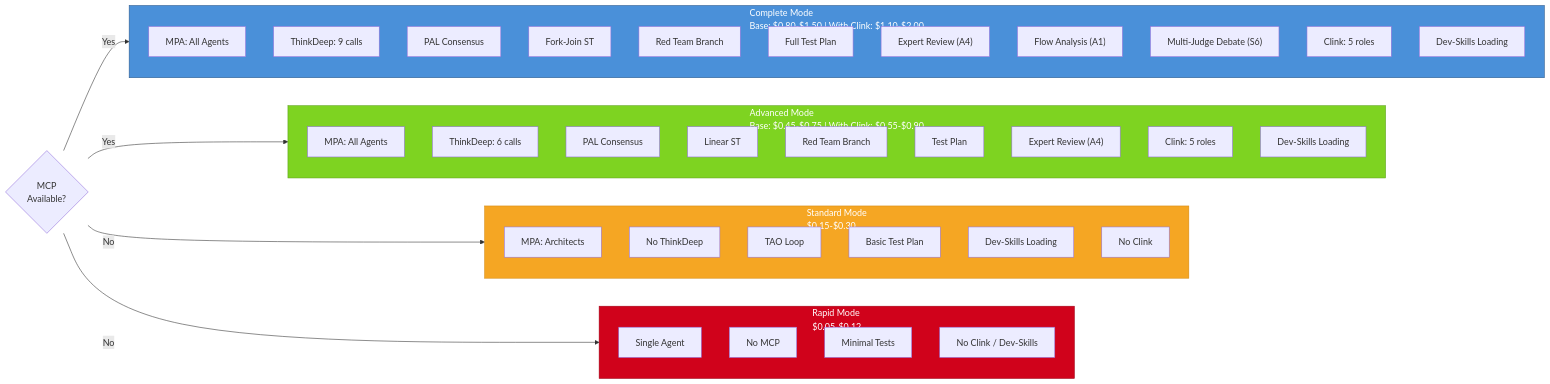
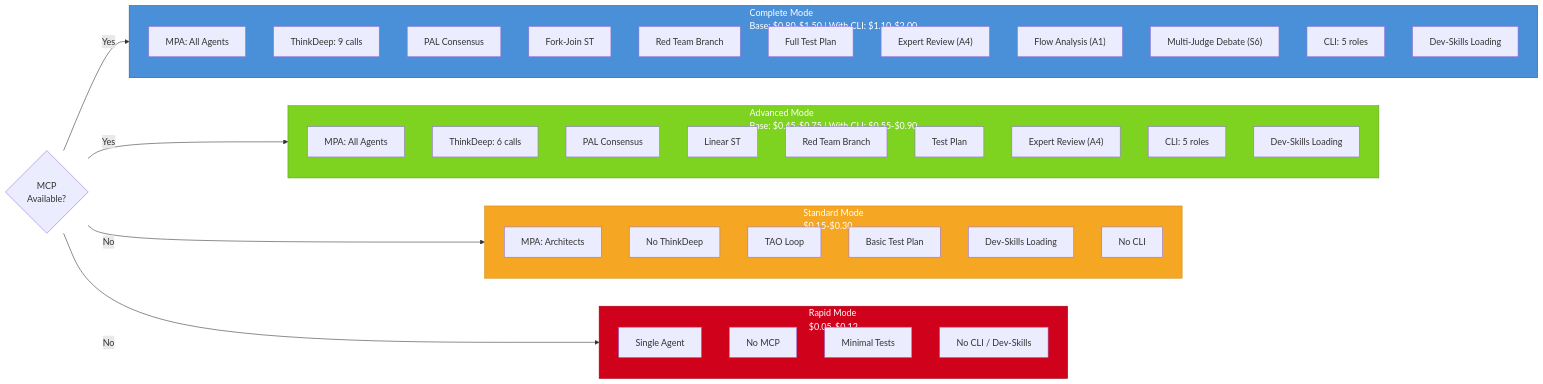
Before and after one commit to g3nx89/carlas-pantry: the second of 11 diagrams in plugins/product-planning/docs/workflow-diagram.md, drawn with Mermaid. The commit also changed other lines of this file and 33 other files, not shown here.

First line of the commit message:
🔄 migrate(product-planning): CLI dispatch migration — replace PAL clink MCP with Bash process-group dispatch

````diff
--- a/plugins/product-planning/docs/workflow-diagram.md
+++ b/plugins/product-planning/docs/workflow-diagram.md
@@ -239,55 +239,55 @@
 ```mermaid
 flowchart LR
-    subgraph COMPLETE["Complete Mode<br/>Base: $0.80-$1.50 | With Clink: $1.10-$2.00"]
+    subgraph COMPLETE["Complete Mode<br/>Base: $0.80-$1.50 | With CLI: $1.10-$2.00"]
         C1["MPA: All Agents"]
         C2["ThinkDeep: 9 calls"]
         C3["PAL Consensus"]
         C4["Fork-Join ST"]
         C5["Red Team Branch"]
         C6["Full Test Plan"]
         C7["Expert Review (A4)"]
         C8["Flow Analysis (A1)"]
         C9["Multi-Judge Debate (S6)"]
-        C10["Clink: 5 roles"]
+        C10["CLI: 5 roles"]
         C11["Dev-Skills Loading"]
     end
 
-    subgraph ADVANCED["Advanced Mode<br/>Base: $0.45-$0.75 | With Clink: $0.55-$0.90"]
+    subgraph ADVANCED["Advanced Mode<br/>Base: $0.45-$0.75 | With CLI: $0.55-$0.90"]
         A1["MPA: All Agents"]
         A2["ThinkDeep: 6 calls"]
         A3["PAL Consensus"]
         A4["Linear ST"]
         A5["Red Team Branch"]
         A6["Test Plan"]
         A7["Expert Review (A4)"]
-        A8["Clink: 5 roles"]
+        A8["CLI: 5 roles"]
         A9["Dev-Skills Loading"]
     end
 
     subgraph STANDARD["Standard Mode<br/>$0.15-$0.30"]
         S1["MPA: Architects"]
         S2["No ThinkDeep"]
         S3["TAO Loop"]
         S4["Basic Test Plan"]
         S5["Dev-Skills Loading"]
-        S6["No Clink"]
+        S6["No CLI"]
     end
 
     subgraph RAPID["Rapid Mode<br/>$0.05-$0.12"]
         R1["Single Agent"]
         R2["No MCP"]
         R3["Minimal Tests"]
-        R4["No Clink / Dev-Skills"]
+        R4["No CLI / Dev-Skills"]
     end
 
     MCP{"MCP<br/>Available?"}
     MCP -->|"Yes"| COMPLETE
     MCP -->|"Yes"| ADVANCED
     MCP -->|"No"| STANDARD
     MCP -->|"No"| RAPID
 
     style COMPLETE fill:#4A90D9,stroke:#2E5A8B,color:#fff
     style ADVANCED fill:#7ED321,stroke:#5BA018,color:#fff
     style STANDARD fill:#F5A623,stroke:#D4880F,color:#fff
     style RAPID fill:#D0021B,stroke:#A00216,color:#fff
 ```
````
